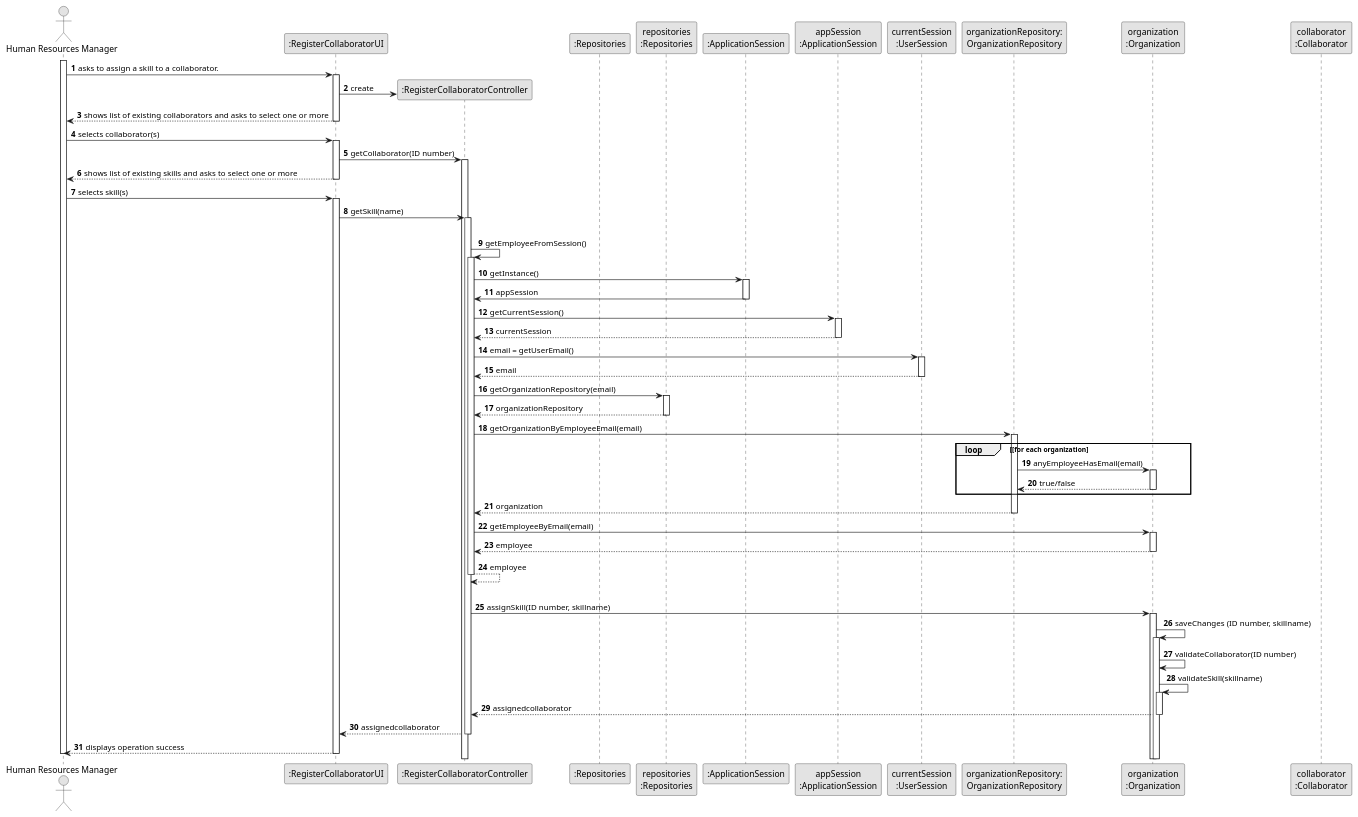
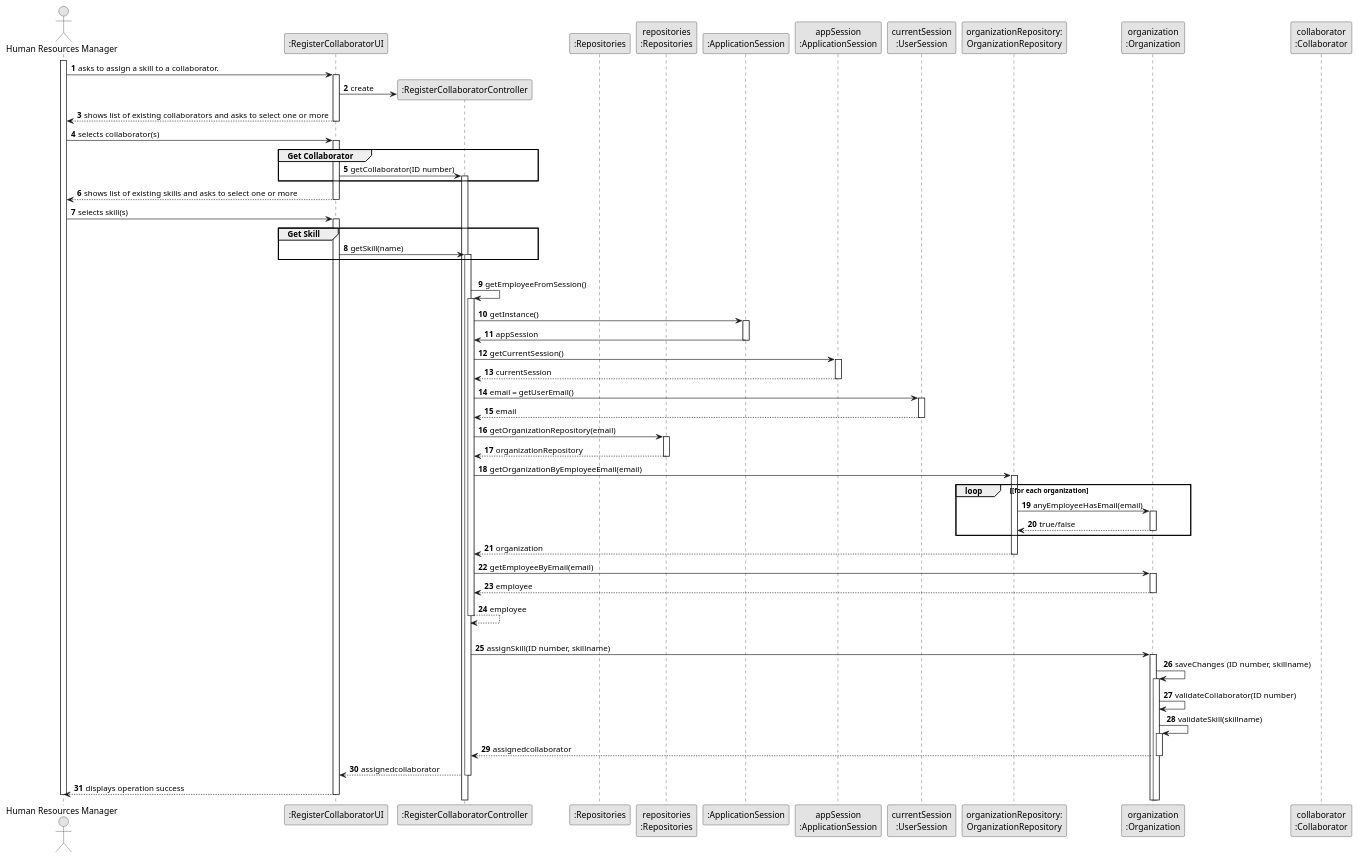
One commit to tiagosoa/lei-24-s2-1dgh-g073 changed the diagram in docs/sprint2/us004/03.design/puml/us004-sequence-diagram-full.puml. Above: the diagram before and after it, drawn with PlantUML. The commit also changed 21 other files, not shown here.

```diff
--- a/docs/sprint2/us004/03.design/puml/us004-sequence-diagram-full.puml
+++ b/docs/sprint2/us004/03.design/puml/us004-sequence-diagram-full.puml
@@ -1,125 +1,131 @@
 @startuml
 skinparam monochrome true
 skinparam packageStyle rectangle
 skinparam shadowing false
 
 autonumber
 
 'hide footbox
 actor "Human Resources Manager" as ADM
 participant ":RegisterCollaboratorUI" as UI
 participant ":RegisterCollaboratorController" as CTRL
 participant ":Repositories" as RepositorySingleton
 participant "repositories\n:Repositories" as PLAT
 participant ":ApplicationSession" as _APP
 participant "appSession\n:ApplicationSession" as APP
 participant "currentSession\n:UserSession" as SESSAO
 participant "organizationRepository:\nOrganizationRepository" as OrganizationRepository
 participant "organization\n:Organization" as ORG
 participant "collaborator\n:Collaborator" as COLABORADOR
 
 activate ADM
 
         ADM -> UI : asks to assign a skill to a collaborator.
 
         activate UI
 
 '            UI --> ADM : requests data (name)
             'create CTRL
             UI -> CTRL** : create
 
 
     UI --> ADM : shows list of existing collaborators and asks to select one or more
     deactivate UI
 
     ADM -> UI : selects collaborator(s)
     activate UI
 
+    group Get Collaborator
+
         UI -> CTRL : getCollaborator(ID number)
         activate CTRL
-
+    end
     UI --> ADM : shows list of existing skills and asks to select one or more
     deactivate UI
 
    ADM -> UI : selects skill(s)
    activate UI
 
+   group Get Skill
+
         UI -> CTRL : getSkill(name)
         activate CTRL
+
+   end
 
             |||
             CTRL -> CTRL : getEmployeeFromSession()
             activate CTRL
 
                 CTRL -> _APP: getInstance()
                 activate _APP
                     _APP -> CTRL: appSession
                 deactivate _APP
 
 
                 CTRL -> APP: getCurrentSession()
                 activate APP
 
                     APP --> CTRL: currentSession
                 deactivate APP
 
                 CTRL -> SESSAO: email = getUserEmail()
                 activate SESSAO
 
                     SESSAO --> CTRL: email
                 deactivate SESSAO
 
 
                 CTRL -> PLAT: getOrganizationRepository(email)
                 activate PLAT
 
                     PLAT --> CTRL: organizationRepository
                 deactivate PLAT
 
 
                 CTRL -> OrganizationRepository: getOrganizationByEmployeeEmail(email)
                 activate OrganizationRepository
 
                     loop [for each organization
                         OrganizationRepository -> ORG : anyEmployeeHasEmail(email)
                         activate ORG
 
                              ORG --> OrganizationRepository : true/false
                         deactivate ORG
                     end
                     OrganizationRepository --> CTRL : organization
                 deactivate OrganizationRepository
 
                 CTRL -> ORG: getEmployeeByEmail(email)
                 activate ORG
 
                     ORG --> CTRL : employee
                 deactivate ORG
 
                 CTRL --> CTRL : employee
             deactivate CTRL
 
             |||
             CTRL -> ORG: assignSkill(ID number, skillname)
             activate ORG
                 ORG -> ORG: saveChanges (ID number, skillname)
 
 
                 activate ORG
                     ORG -> ORG: validateCollaborator(ID number)
                     ORG -> ORG: validateSkill(skillname)
                     activate ORG
 
 
                 ORG --> CTRL : assignedcollaborator
 
             deactivate ORG
 
             CTRL --> UI: assignedcollaborator
             deactivate CTRL
             UI --> ADM: displays operation success
     deactivate UI
 
 deactivate ADM
 
 @enduml
```
